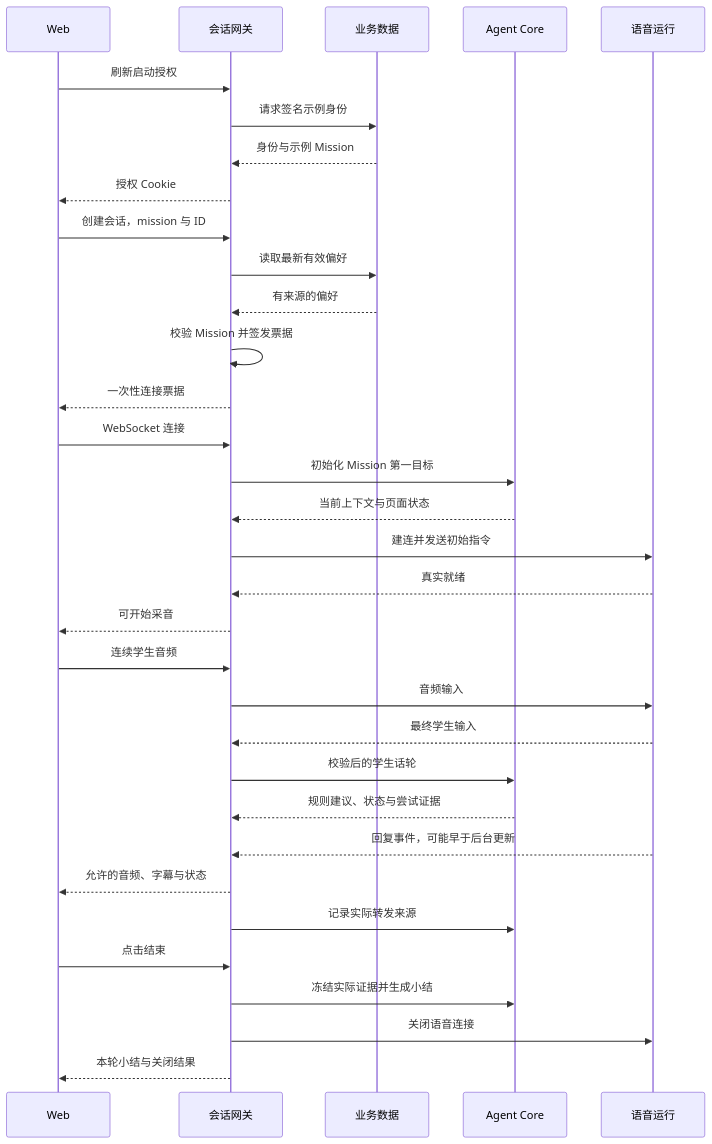
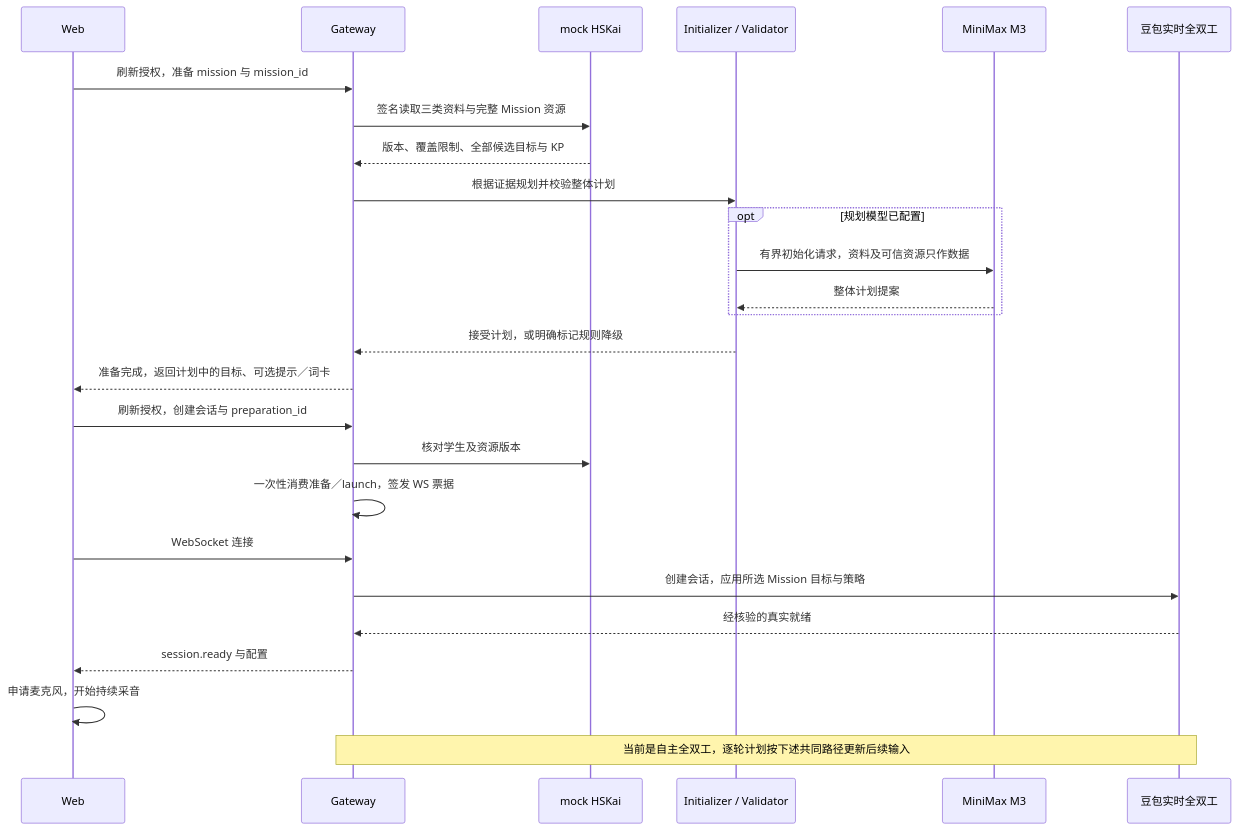
One commit to yqhuang-cyber/ask-kai changed the second of 5 diagrams in README.md. Above: the diagram before and after it, drawn with Mermaid. The commit also changed other lines of this file and 48 other files, not shown here.

First line of the commit message:
feat: add dynamic initialization and MiniMax M3 turn planning

````diff
--- a/README.md
+++ b/README.md
@@ -124,35 +130,28 @@
 ```mermaid
 sequenceDiagram
     participant W as Web
-    participant G as 会话网关
-    participant B as 业务数据
-    participant C as Agent Core
-    participant V as 语音运行
-    W->>G: 刷新启动授权
-    G->>B: 请求签名示例身份
-    B-->>G: 身份与示例 Mission
-    G-->>W: 授权 Cookie
-    W->>G: 创建会话，mission 与 ID
-    G->>B: 读取最新有效偏好
-    B-->>G: 有来源的偏好
-    G->>G: 校验 Mission 并签发票据
-    G-->>W: 一次性连接票据
+    participant G as Gateway
+    participant H as mock HSKai
+    participant C as Initializer / Validator
+    participant L as MiniMax M3
+    participant P as 豆包实时全双工
+    W->>G: 刷新授权，准备 mission 与 mission_id
+    G->>H: 签名读取三类资料与完整 Mission 资源
+    H-->>G: 版本、覆盖限制、全部候选目标与 KP
+    G->>C: 根据证据规划并校验整体计划
+    opt 规划模型已配置
+        C->>L: 有界初始化请求，资料及可信资源只作数据
+        L-->>C: 整体计划提案
+    end
+    C-->>G: 接受计划，或明确标记规则降级
+    G-->>W: 准备完成，返回计划中的目标、可选提示／词卡
+    W->>G: 刷新授权，创建会话与 preparation_id
+    G->>H: 核对学生及资源版本
+    G->>G: 一次性消费准备／launch，签发 WS 票据
     W->>G: WebSocket 连接
-    G->>C: 初始化 Mission 第一目标
-    C-->>G: 当前上下文与页面状态
-    G->>V: 建连并发送初始指令
-    V-->>G: 真实就绪
-    G-->>W: 可开始采音
-    W->>G: 连续学生音频
-    G->>V: 音频输入
-    V-->>G: 最终学生输入
-    G->>C: 校验后的学生话轮
-    C-->>G: 规则建议、状态与尝试证据
-    V-->>G: 回复事件，可能早于后台更新
-    G-->>W: 允许的音频、字幕与状态
-    G->>C: 记录实际转发来源
-    W->>G: 点击结束
-    G->>C: 冻结实际证据并生成小结
-    G->>V: 关闭语音连接
-    G-->>W: 本轮小结与关闭结果
+    G->>P: 创建会话，应用所选 Mission 目标与策略
+    P-->>G: 经核验的真实就绪
+    G-->>W: session.ready 与配置
+    W->>W: 申请麦克风，开始持续采音
+    Note over G,P: 当前是自主全双工，逐轮计划按下述共同路径更新后续输入
 ```
````
